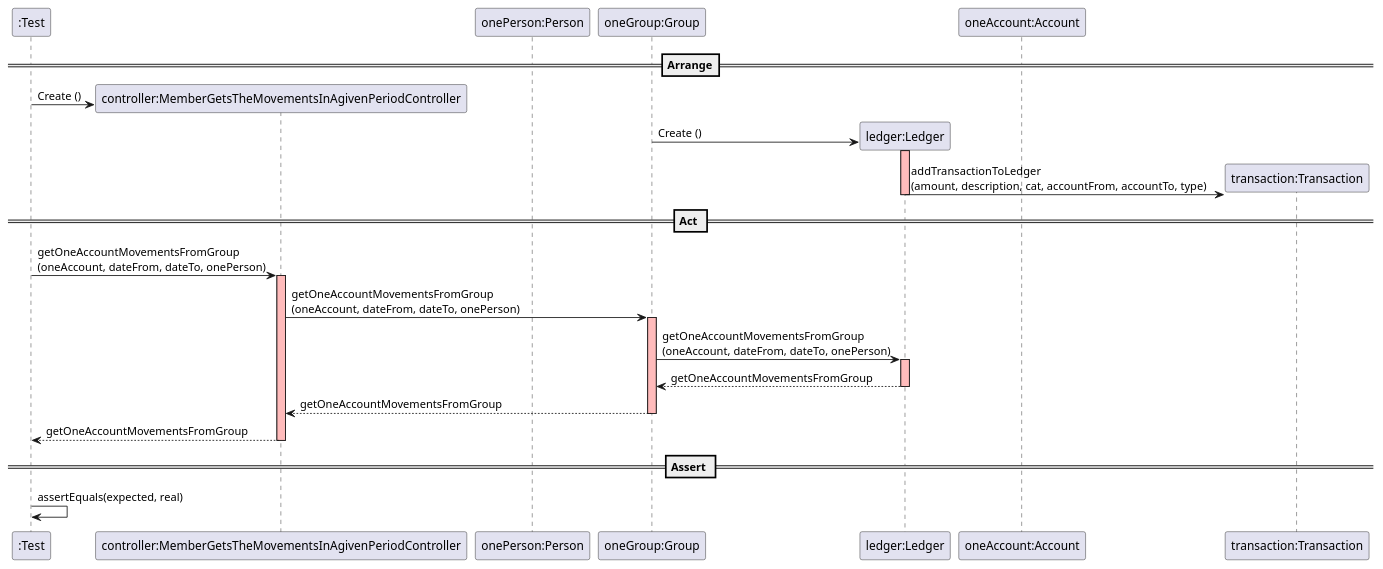
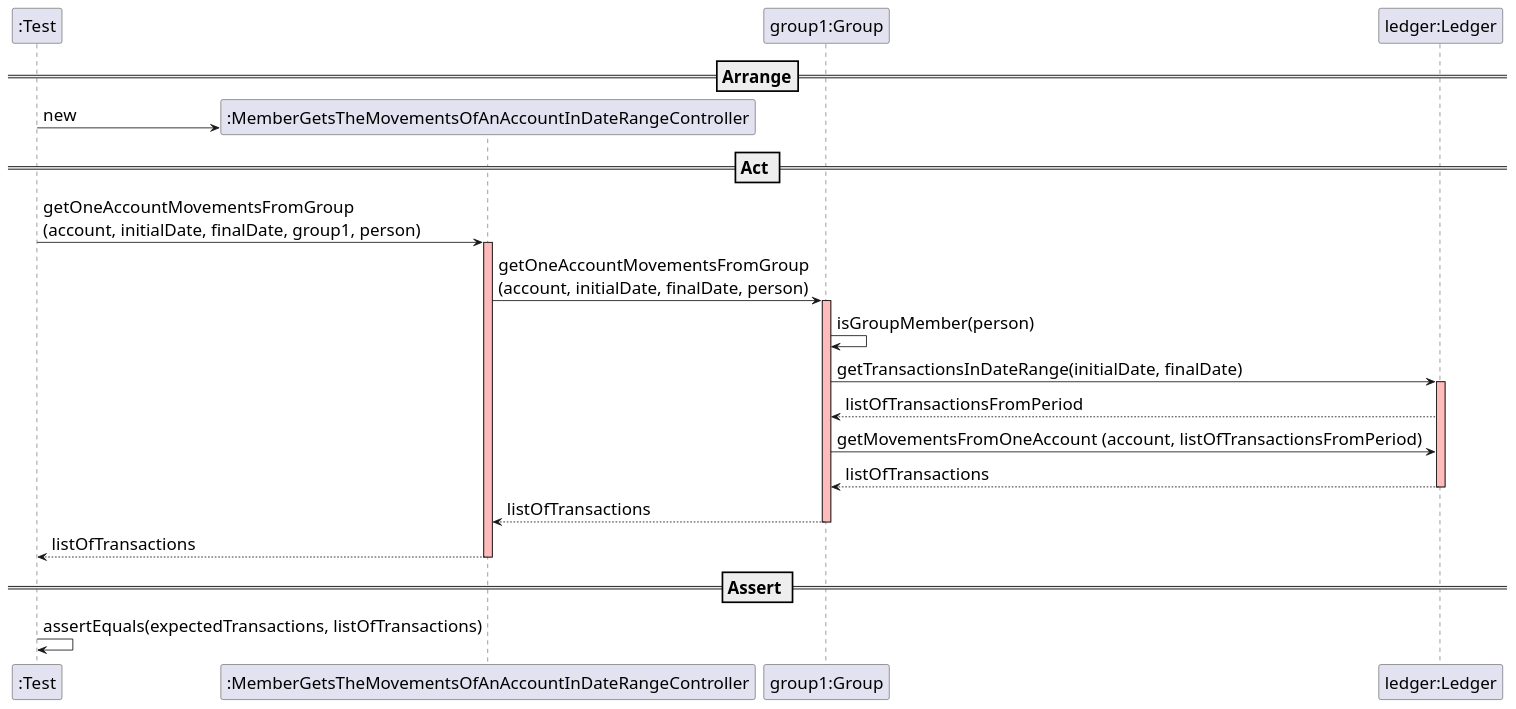
Before and after one commit to mleitaoribeiro/DevOpsMaven: the diagram in docs/SequenceDiagram - US010 .puml, drawn with PlantUML.

```diff
--- a/docs/SequenceDiagram - US010 .puml
+++ b/docs/SequenceDiagram - US010 .puml
@@ -1,37 +1,39 @@
 @startuml
+
+skinparam DefaultFontSize 20
+
 create ":Test"
 
 ==Arrange==
 
-create "controller:MemberGetsTheMovementsInAgivenPeriodController"
-":Test" -> "controller:MemberGetsTheMovementsInAgivenPeriodController" : Create ()
-create "onePerson:Person"
-create "oneGroup:Group"
-create "ledger:Ledger"
-"oneGroup:Group" -> "ledger:Ledger" : Create ()
-activate "ledger:Ledger" #FFBBBB
-create "oneAccount:Account"
-create "transaction:Transaction"
-"ledger:Ledger" -> "transaction:Transaction" : addTransactionToLedger\n(amount, description, cat, accountFrom, accountTo, type)
-deactivate "ledger:Ledger" #FFBBBB
+create ":MemberGetsTheMovementsOfAnAccountInDateRangeController"
+":Test" -> ":MemberGetsTheMovementsOfAnAccountInDateRangeController" : new
 
 == Act ==
 
-":Test" -> "controller:MemberGetsTheMovementsInAgivenPeriodController" : getOneAccountMovementsFromGroup\n(oneAccount, dateFrom, dateTo, onePerson)
-activate "controller:MemberGetsTheMovementsInAgivenPeriodController" #FFBBBB
-"controller:MemberGetsTheMovementsInAgivenPeriodController" -> "oneGroup:Group" : getOneAccountMovementsFromGroup\n(oneAccount, dateFrom, dateTo, onePerson)
-activate "oneGroup:Group" #FFBBBB
-"oneGroup:Group" -> "ledger:Ledger" : getOneAccountMovementsFromGroup\n(oneAccount, dateFrom, dateTo, onePerson)
+participant "group1:Group"
+":Test" -> ":MemberGetsTheMovementsOfAnAccountInDateRangeController" : getOneAccountMovementsFromGroup\n(account, initialDate, finalDate, group1, person)
+activate ":MemberGetsTheMovementsOfAnAccountInDateRangeController" #FFBBBB
+":MemberGetsTheMovementsOfAnAccountInDateRangeController" -> "group1:Group" : getOneAccountMovementsFromGroup\n(account, initialDate, finalDate, person)
+activate "group1:Group" #FFBBBB
+
+"group1:Group" -> "group1:Group" : isGroupMember(person)
+
+participant "ledger:Ledger"
+"group1:Group" -> "ledger:Ledger" : getTransactionsInDateRange(initialDate, finalDate)
 activate "ledger:Ledger" #FFBBBB
-"ledger:Ledger" --> "oneGroup:Group" : getOneAccountMovementsFromGroup
+"ledger:Ledger" --> "group1:Group" : listOfTransactionsFromPeriod
+
+"group1:Group" -> "ledger:Ledger" : getMovementsFromOneAccount (account, listOfTransactionsFromPeriod)
+"ledger:Ledger" --> "group1:Group" : listOfTransactions
 deactivate "ledger:Ledger" #FFBBBB
-"oneGroup:Group" --> "controller:MemberGetsTheMovementsInAgivenPeriodController" : getOneAccountMovementsFromGroup
-deactivate "oneGroup:Group" #FFBBBB
-"controller:MemberGetsTheMovementsInAgivenPeriodController" --> ":Test" : getOneAccountMovementsFromGroup
-deactivate "controller:MemberGetsTheMovementsInAgivenPeriodController" #FFBBBB
+"group1:Group" --> ":MemberGetsTheMovementsOfAnAccountInDateRangeController" : listOfTransactions
+deactivate "group1:Group" #FFBBBB
+":MemberGetsTheMovementsOfAnAccountInDateRangeController" --> ":Test" : listOfTransactions
+deactivate ":MemberGetsTheMovementsOfAnAccountInDateRangeController" #FFBBBB
 
 == Assert ==
 
-":Test" -> ":Test" : assertEquals(expected, real)
+":Test" -> ":Test" : assertEquals(expectedTransactions, listOfTransactions)
 
 @enduml
```
